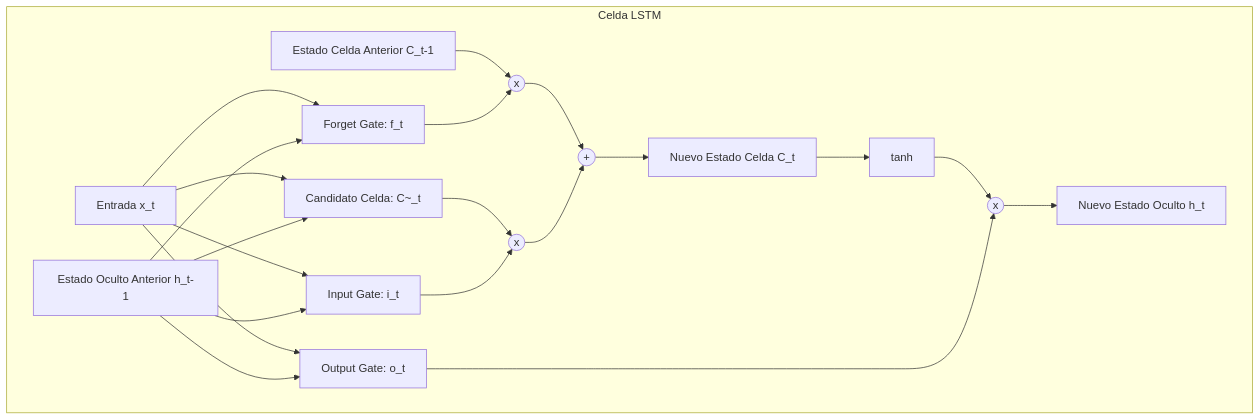
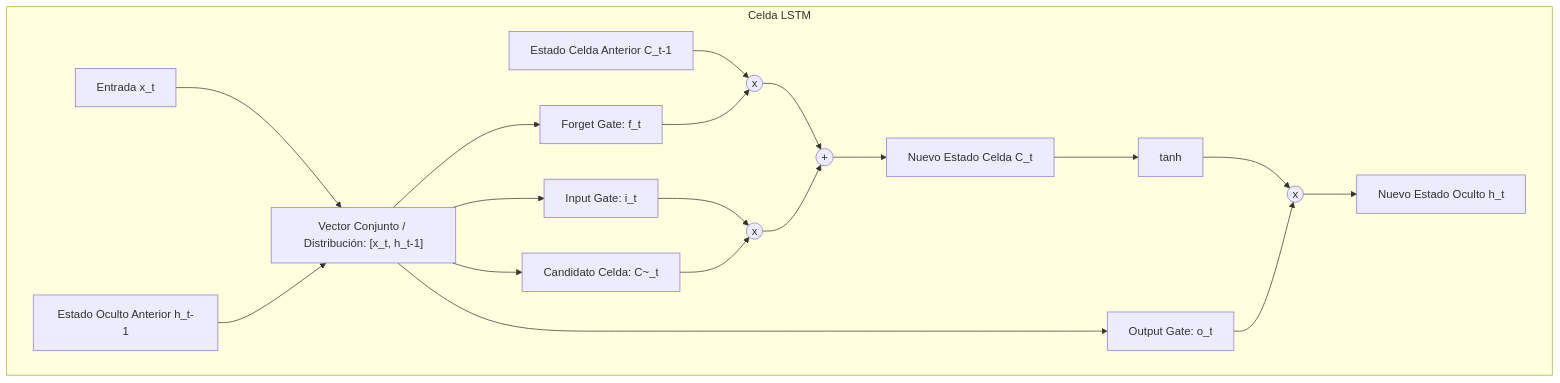
The second of 4 diagrams in appendix/2DA FASE/us-mulcia-2026-ramon/docs/GRU-D_teoria.md (ramontr025/tfm-mulcia-2025), drawn with Mermaid before and after one commit. The commit also changed other lines of this file and 36 other files, not shown here.

````diff
--- a/appendix/2DA FASE/us-mulcia-2026-ramon/docs/GRU-D_teoria.md
+++ b/appendix/2DA FASE/us-mulcia-2026-ramon/docs/GRU-D_teoria.md
@@ -65,30 +65,32 @@
 ```mermaid
 graph TD
     subgraph Celda LSTM
-        xt[Entrada x_t] --> f_gate[Forget Gate: f_t]
-        xt --> i_gate[Input Gate: i_t]
-        xt --> c_cand[Candidato Celda: C~_t]
-        xt --> o_gate[Output Gate: o_t]
+        %% Entradas recurrentes y distribución
+        xt[Entrada x_t] --> comb["Vector Conjunto / Distribución: [x_t, h_t-1]"]
+        ht_prev[Estado Oculto Anterior h_t-1] --> comb
         
-        ht_prev[Estado Oculto Anterior h_t-1] --> f_gate
-        ht_prev --> i_gate
-        ht_prev --> c_cand
-        ht_prev --> o_gate
+        %% Ramificación hacia compuertas y candidato
+        comb --> f_gate[Forget Gate: f_t]
+        comb --> i_gate[Input Gate: i_t]
+        comb --> c_cand["Candidato Celda: C~_t"]
+        comb --> o_gate[Output Gate: o_t]
         
+        %% Línea de Estado de Celda (Cell State)
         Ct_prev[Estado Celda Anterior C_t-1] --> mul_f((x))
         f_gate --> mul_f
         
-        c_cand --> mul_i((x))
-        i_gate --> mul_i
+        i_gate --> mul_i((x))
+        c_cand --> mul_i
         
         mul_f --> add_c((+))
         mul_i --> add_c
         
         add_c --> Ct[Nuevo Estado Celda C_t]
         
+        %% Generación del nuevo Estado Oculto
         Ct --> tanh_c[tanh]
         tanh_c --> mul_o((x))
         o_gate --> mul_o
         mul_o --> ht[Nuevo Estado Oculto h_t]
     end
 ```
````
